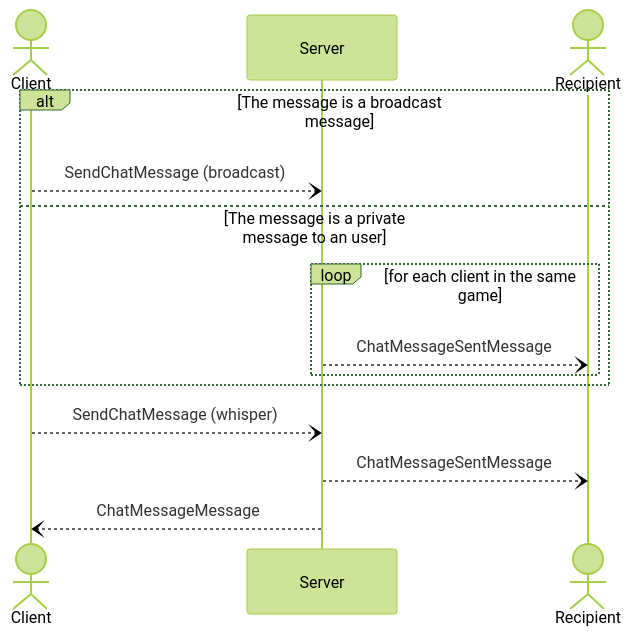
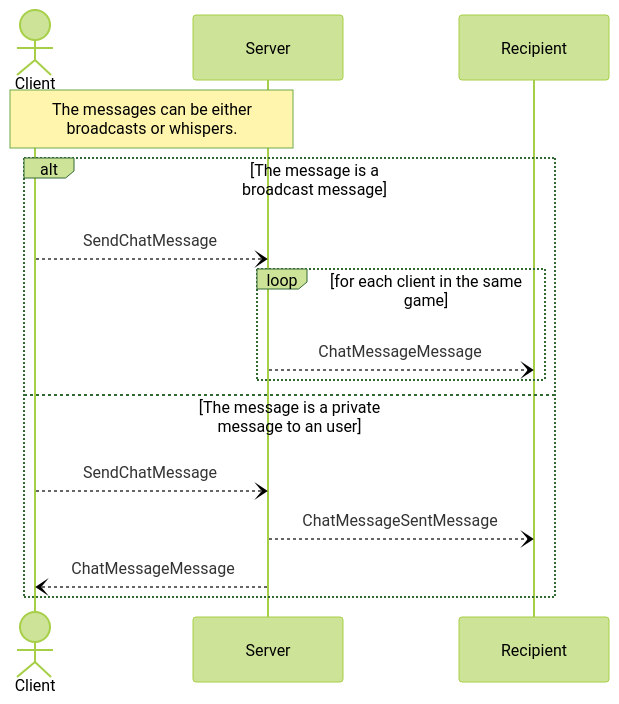
The seventh of 7 diagrams in documentation_wip/network_protocol.md (frephs/IS24-AM21), drawn with Mermaid (forest theme) before and after one commit.

Commit message:
fix: update chat message docs

````diff
--- a/documentation_wip/network_protocol.md
+++ b/documentation_wip/network_protocol.md
@@ -346,18 +346,19 @@
 ```mermaid
 sequenceDiagram
 actor Client
+Note over Client, Server: The messages can be either <br>broadcasts or whispers.
 alt The message is a broadcast message
-    Client --) Server: SendChatMessage (broadcast)
+    Client --) Server: SendChatMessage
+    loop for each client in the same game
+        Server --) Recipient: ChatMessageMessage
+    end
 else The message is a private message to an user
 actor Recipient
-    loop for each client in the same game
-        Server --) Recipient: ChatMessageSentMessage
-    end
-    end
-Client --) Server: SendChatMessage (whisper)
+Client --) Server: SendChatMessage
  Server --) Recipient: ChatMessageSentMessage
   Server --) Client: ChatMessageMessage
+    end
 
 
 
 ```
````
